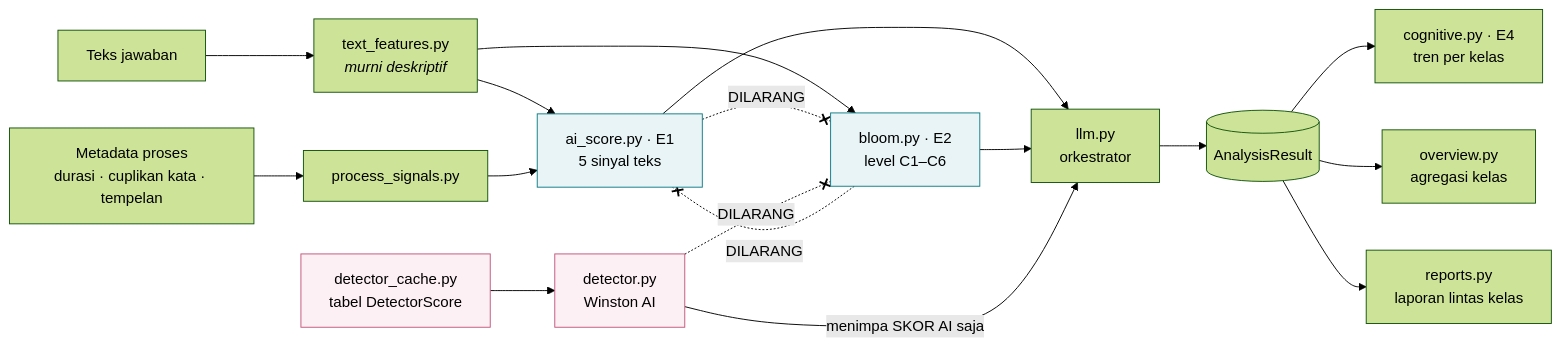
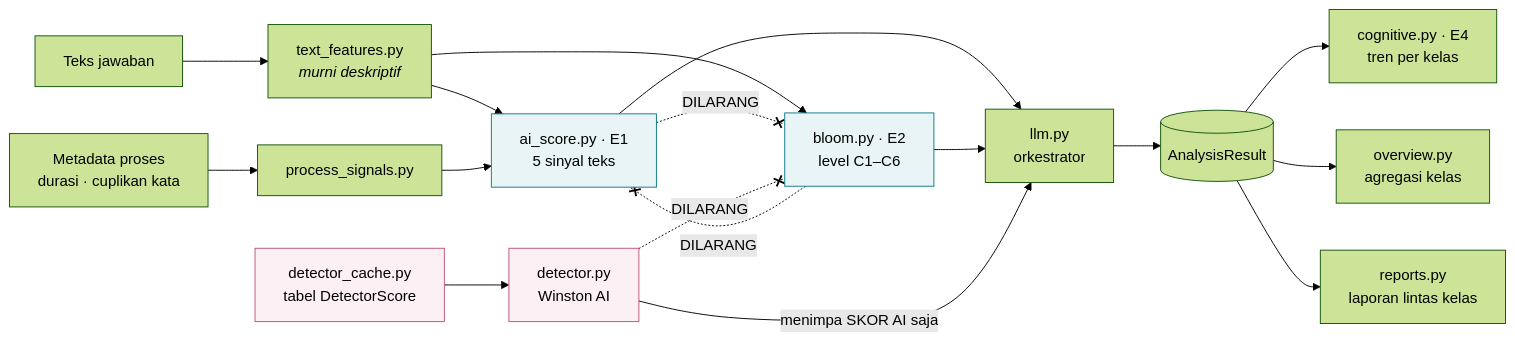
One commit to FadhRach/ThinkPath changed the third of 4 diagrams in diagram/01-arsitektur-sistem.md. Above: the diagram before and after it, drawn with Mermaid (forest theme). The commit also changed 16 other files, not shown here.

````diff
--- a/diagram/01-arsitektur-sistem.md
+++ b/diagram/01-arsitektur-sistem.md
@@ -107,30 +107,30 @@
 ```mermaid
 flowchart LR
     T["Teks jawaban"] --> TF["text_features.py<br/><i>murni deskriptif</i>"]
-    P["Metadata proses<br/>durasi · cuplikan kata · tempelan"] --> PS["process_signals.py"]
+    P["Metadata proses<br/>durasi · cuplikan kata"] --> PS["process_signals.py"]
 
     TF --> E1["ai_score.py · E1<br/>5 sinyal teks"]
     TF --> E2["bloom.py · E2<br/>level C1–C6"]
     PS --> E1
 
     E1 --> ORC["llm.py<br/>orkestrator"]
     E2 --> ORC
     ORC --> AR[("AnalysisResult")]
 
     DC["detector_cache.py<br/>tabel DetectorScore"] --> DET["detector.py<br/>Winston AI"]
     DET -->|"menimpa SKOR AI saja"| ORC
 
     AR --> E4["cognitive.py · E4<br/>tren per kelas"]
     AR --> OV["overview.py<br/>agregasi kelas"]
     AR --> RP["reports.py<br/>laporan lintas kelas"]
 
     E1 -. "DILARANG" .-x E2
     E2 -. "DILARANG" .-x E1
     DET -. "DILARANG" .-x E2
 
     classDef larang stroke:#C2547A,stroke-width:2px,stroke-dasharray:4 3
     classDef inti fill:#E8F4F5,stroke:#0E7C86
     classDef luar fill:#FDF0F4,stroke:#C2547A
     class E1,E2 inti
     class DET,DC luar
 ```
````
